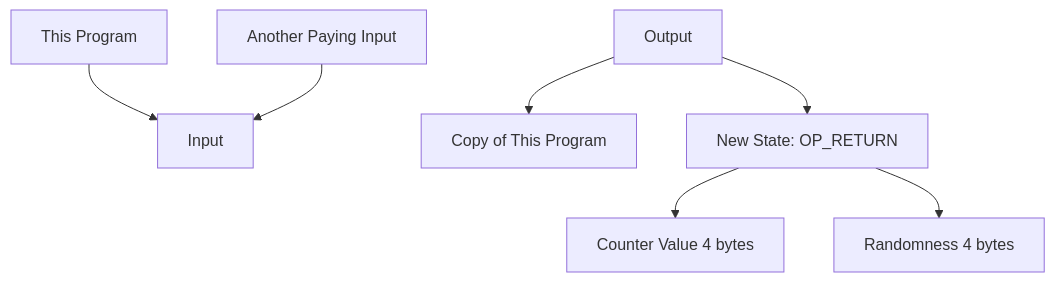
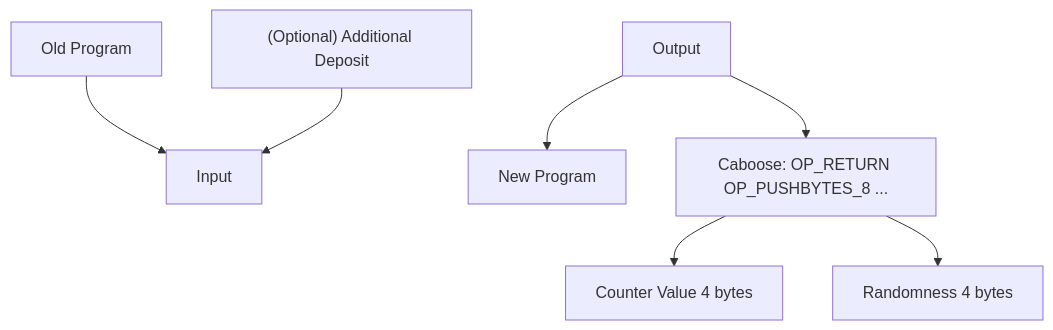
Before and after one commit to Bitcoin-Wildlife-Sanctuary/covenants-examples: the diagram in README.md, drawn with Mermaid. The commit also changed other lines of this file and 2 other files, not shown here.

````diff
--- a/README.md
+++ b/README.md
@@ -34,11 +23,11 @@
 ```mermaid
 graph TD
     A[Input]
-    B[This Program] --> A[This Program]
-    C[Another Paying Input] --> A[Input]
+    B[Old Program] --> A[This Program]
+    C["(Optional) Additional Deposit"] --> A[Input]
     D[Output]
-    D --> E[Copy of This Program]
-    D --> F[New State: OP_RETURN]
+    D --> E[New Program]
+    D --> F[Caboose: OP_RETURN OP_PUSHBYTES_8 ...]
     F --> G[Counter Value 4 bytes]
     F --> H[Randomness 4 bytes]
 ```
````
